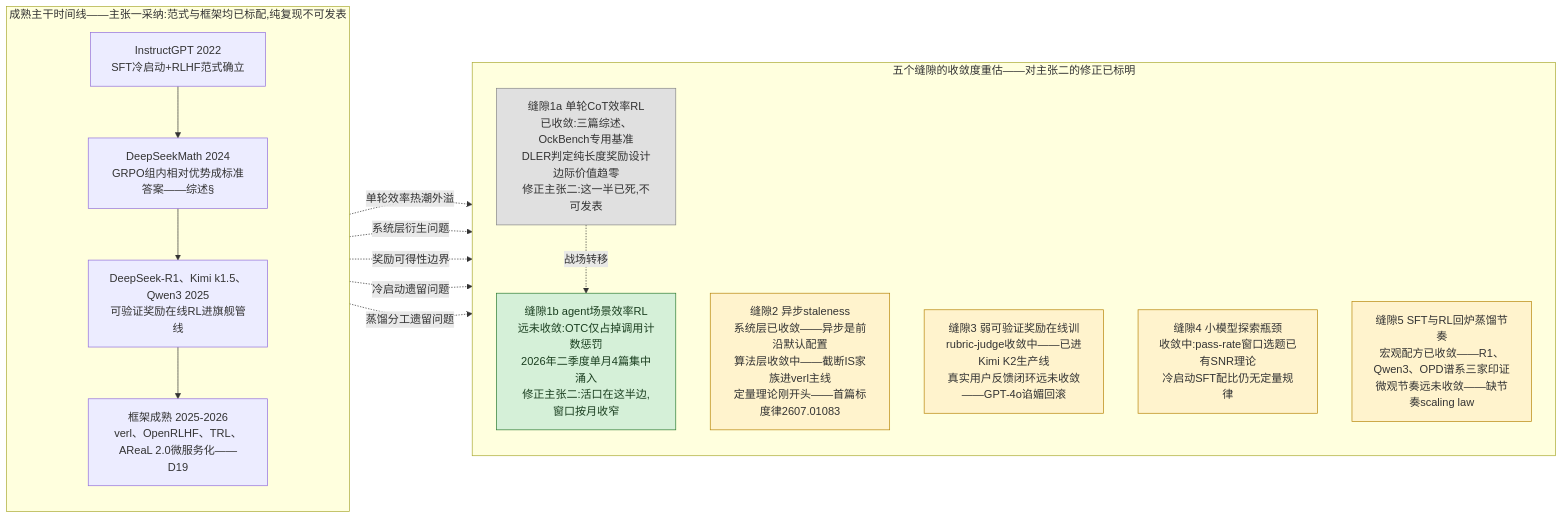
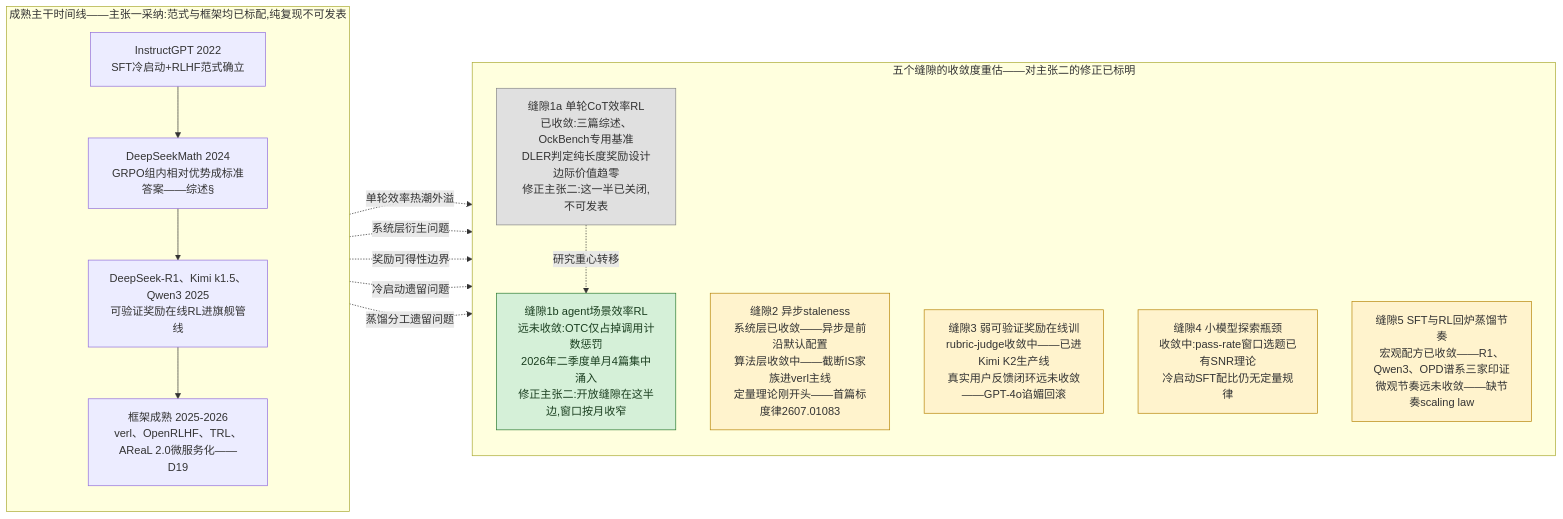
Before and after one commit to lloo099/mission44: the first of 5 diagrams in docs/blog/dispatch-25-efficiency-aware-agent-rl.md, drawn with Mermaid. The commit also changed other lines of this file and 24 other files, not shown here.

Commit message:
全站文风统一:29 篇按'专业简洁、去口语化'标准批量修订 — 确定性替换 100 处(崩法→失稳模式/洼地→空白领域/占坑→公开工作/黑箱→未公开/datatype 动物园→谱系/押注→投入/护城河→竞争壁垒 等)+ 8 个编辑 agent 分批逐句精修(D24 单篇 38 处;两轮均遇用量上限中断后续跑完成)+ blog.json 摘要 6 处 + 综述残留 2 处. 术语全站一致化; 29 文件 mermaid 全验证 0 errors; 快照页同步重建

````diff
--- a/docs/blog/dispatch-25-efficiency-aware-agent-rl.md
+++ b/docs/blog/dispatch-25-efficiency-aware-agent-rl.md
@@ -21,37 +21,37 @@
 ```mermaid
 flowchart LR
     subgraph TRUNK ["成熟主干时间线——主张一采纳:范式与框架均已标配,纯复现不可发表"]
         direction TB
         T1["InstructGPT 2022<br/>SFT冷启动+RLHF范式确立"]
         T2["DeepSeekMath 2024<br/>GRPO组内相对优势成标准答案——综述§"]
         T3["DeepSeek-R1、Kimi k1.5、Qwen3 2025<br/>可验证奖励在线RL进旗舰管线"]
         T4["框架成熟 2025-2026<br/>verl、OpenRLHF、TRL、AReaL 2.0微服务化——D19"]
         T1 --> T2
         T2 --> T3
         T3 --> T4
     end
 
     subgraph GAPS ["五个缝隙的收敛度重估——对主张二的修正已标明"]
         direction TB
-        G1a["缝隙1a 单轮CoT效率RL<br/>已收敛:三篇综述、OckBench专用基准<br/>DLER判定纯长度奖励设计边际价值趋零<br/>修正主张二:这一半已死,不可发表"]
-        G1b["缝隙1b agent场景效率RL<br/>远未收敛:OTC仅占掉调用计数惩罚<br/>2026年二季度单月4篇集中涌入<br/>修正主张二:活口在这半边,窗口按月收窄"]
+        G1a["缝隙1a 单轮CoT效率RL<br/>已收敛:三篇综述、OckBench专用基准<br/>DLER判定纯长度奖励设计边际价值趋零<br/>修正主张二:这一半已关闭,不可发表"]
+        G1b["缝隙1b agent场景效率RL<br/>远未收敛:OTC仅占掉调用计数惩罚<br/>2026年二季度单月4篇集中涌入<br/>修正主张二:开放缝隙在这半边,窗口按月收窄"]
         G2["缝隙2 异步staleness<br/>系统层已收敛——异步是前沿默认配置<br/>算法层收敛中——截断IS家族进verl主线<br/>定量理论刚开头——首篇标度律2607.01083"]
         G3["缝隙3 弱可验证奖励在线训<br/>rubric-judge收敛中——已进Kimi K2生产线<br/>真实用户反馈闭环远未收敛——GPT-4o谄媚回滚"]
         G4["缝隙4 小模型探索瓶颈<br/>收敛中:pass-rate窗口选题已有SNR理论<br/>冷启动SFT配比仍无定量规律"]
         G5["缝隙5 SFT与RL回炉蒸馏节奏<br/>宏观配方已收敛——R1、Qwen3、OPD谱系三家印证<br/>微观节奏远未收敛——缺节奏scaling law"]
     end
 
     T3 -. "单轮效率热潮外溢" .-> G1a
-    G1a -. "战场转移" .-> G1b
+    G1a -. "研究重心转移" .-> G1b
     T4 -. "系统层衍生问题" .-> G2
     T3 -. "奖励可得性边界" .-> G3
     T1 -. "冷启动遗留问题" .-> G4
     T3 -. "蒸馏分工遗留问题" .-> G5
 
     classDef dead fill:#e0e0e0,stroke:#888,color:#333
     classDef mixed fill:#fff3cd,stroke:#b8860b,color:#333
     classDef open fill:#d5f0d8,stroke:#2e7d32,color:#1b3f20
     class G1a dead
     class G2,G3,G4,G5 mixed
     class G1b open
 ```
````
